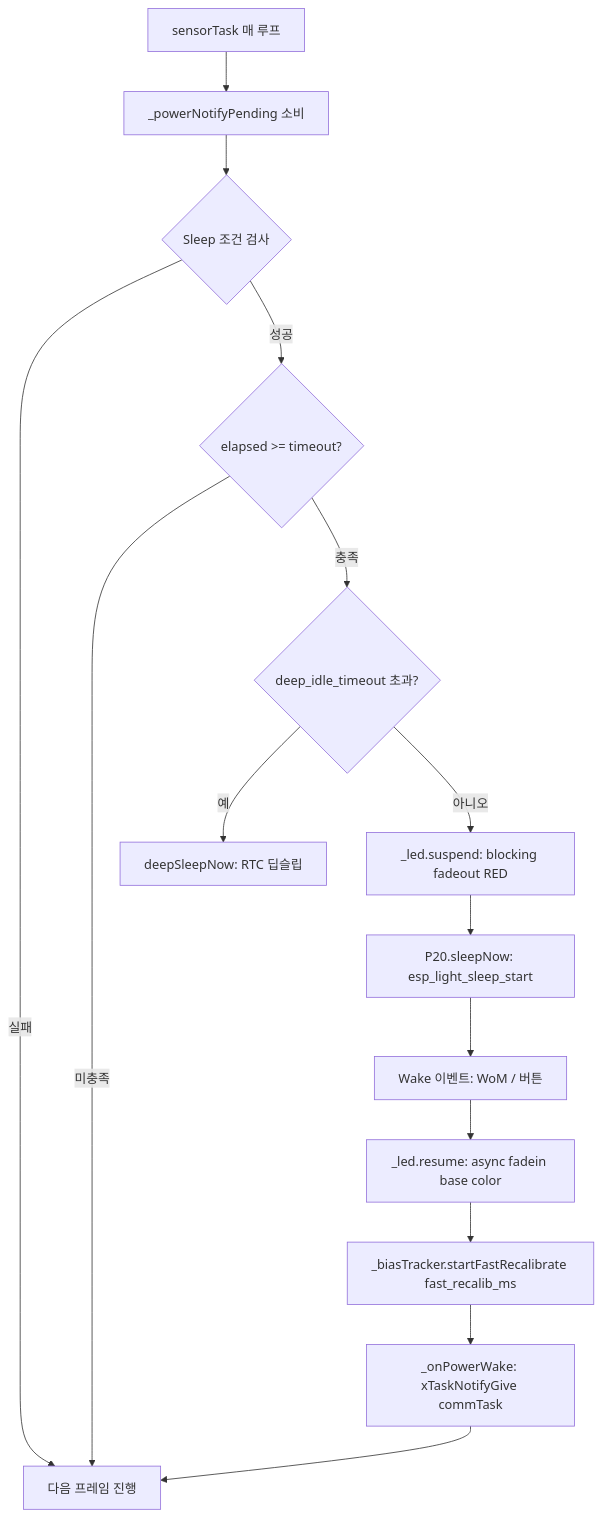
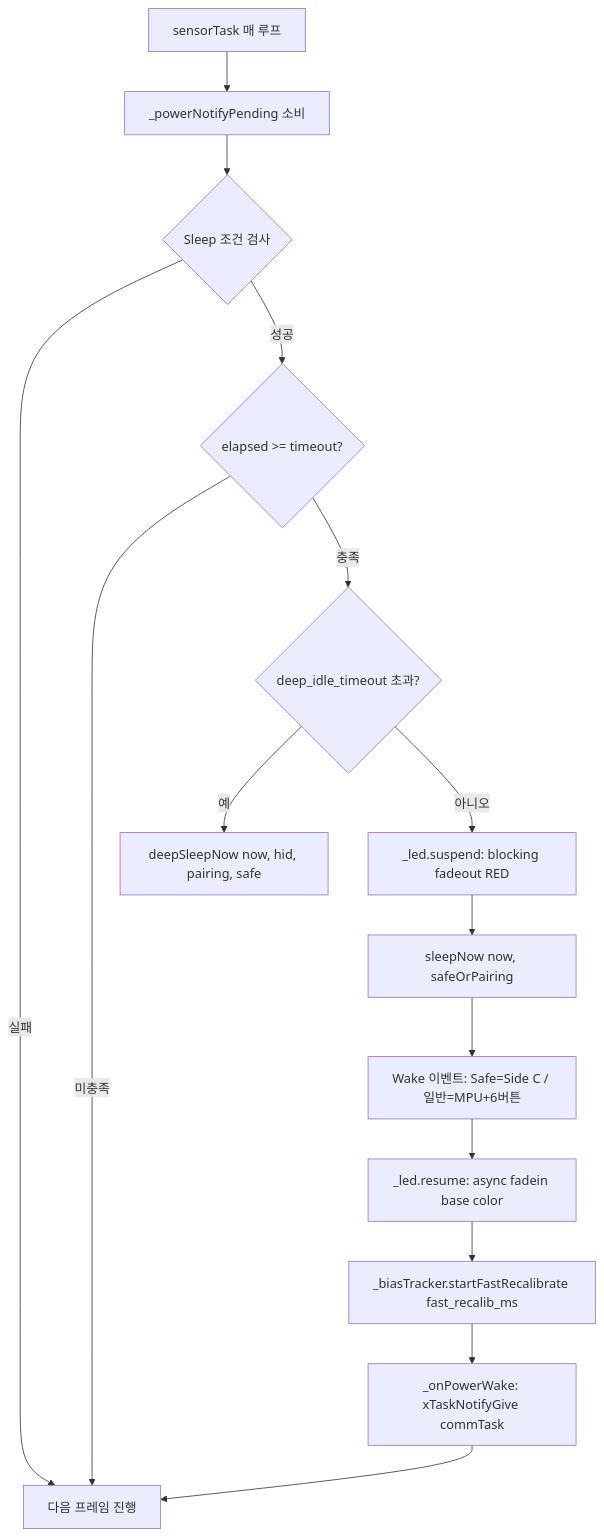
Before and after one commit to hosanglee-kr/esp32_AirMouse_002: the sixth of 10 diagrams in src/v0415/docs_v0415/contract_doc/FLOW_0415.md, drawn with Mermaid. The commit also changed other lines of this file and 17 other files, not shown here.

````diff
--- a/src/v0415/docs_v0415/contract_doc/FLOW_0415.md
+++ b/src/v0415/docs_v0415/contract_doc/FLOW_0415.md
@@ -190,19 +251,19 @@
 ```mermaid
 flowchart TD
     Loop[sensorTask 매 루프] --> Defer[_powerNotifyPending 소비]
     Defer --> Cond{Sleep 조건 검사}
     Cond -- 실패 --> Next[다음 프레임 진행]
     Cond -- 성공 --> TimeoutCheck{elapsed >= timeout?}
     TimeoutCheck -- 미충족 --> Next
     TimeoutCheck -- 충족 --> DeepCheck{deep_idle_timeout 초과?}
     
-    DeepCheck -- 예 --> Deep[deepSleepNow: RTC 딥슬립]
+    DeepCheck -- 예 --> Deep[deepSleepNow now, hid, pairing, safe]
     DeepCheck -- 아니오 --> LEDSuspend[_led.suspend: blocking fadeout RED]
-    LEDSuspend --> Sleep[P20.sleepNow: esp_light_sleep_start]
+    LEDSuspend --> Sleep[sleepNow now, safeOrPairing]
     
-    Sleep --> Wake[Wake 이벤트: WoM / 버튼]
+    Sleep --> Wake[Wake 이벤트: Safe=Side C / 일반=MPU+6버튼]
     Wake --> LEDResume[_led.resume: async fadein base color]
     LEDResume --> FastRecalib[_biasTracker.startFastRecalibrate fast_recalib_ms]
     FastRecalib --> Notify[_onPowerWake: xTaskNotifyGive commTask]
     Notify --> Next
 ```
````
